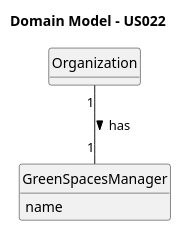
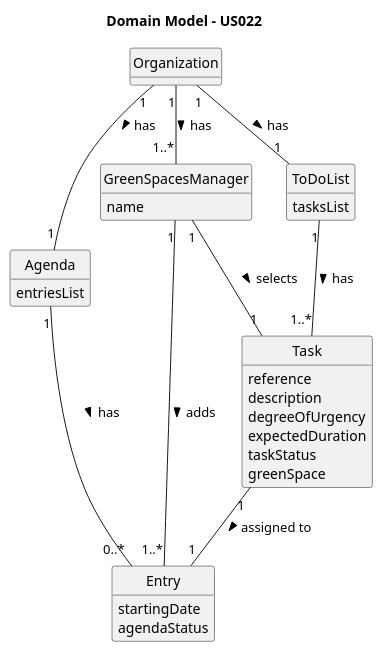
The diagram in docs/sprintA&B&C/us022/02.analysis/puml/us022-domain-model.puml (daniel41silva05/ISEP_2023_2024_LAPR2), drawn with PlantUML before and after one commit. The commit also changed 6 other files, not shown here.

```diff
--- a/docs/sprintA&B&C/us022/02.analysis/puml/us022-domain-model.puml
+++ b/docs/sprintA&B&C/us022/02.analysis/puml/us022-domain-model.puml
@@ -1,23 +1,51 @@
 @startuml
 skinparam monochrome true
 skinparam packageStyle rectangle
 skinparam shadowing false
 
 skinparam classAttributeIconSize 0
 
 hide circle
 hide methods
 
 title Domain Model - US022
 
 class Organization {
 }
 
 class GreenSpacesManager {
     name
 }
 
-Organization "1" -- "1" GreenSpacesManager : has >
+class Agenda {
+    entriesList
+}
 
+class ToDoList {
+    tasksList
+}
+
+class Entry {
+    startingDate
+    agendaStatus
+}
+
+class Task {
+    reference
+    description
+    degreeOfUrgency
+    expectedDuration
+    taskStatus
+    greenSpace
+}
+
+Organization "1" -- "1..*" GreenSpacesManager : has >
+Organization "1" -- "1" Agenda : has >
+Organization "1" -- "1" ToDoList : has >
+GreenSpacesManager "1" -- "1" Task : selects  >
+GreenSpacesManager "1" -- "1..*" Entry : adds >
+Agenda "1" -- "0..*" Entry : has >
+ToDoList "1" -- "1..*" Task : has >
+Task "1" -- "1" Entry : assigned to >
 
 @enduml
```
